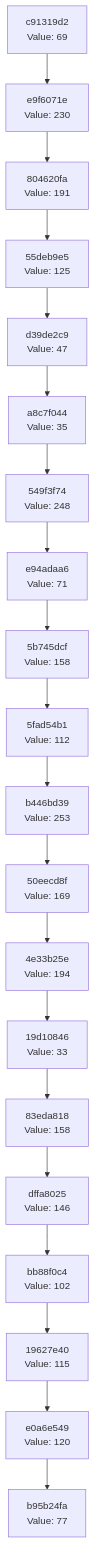
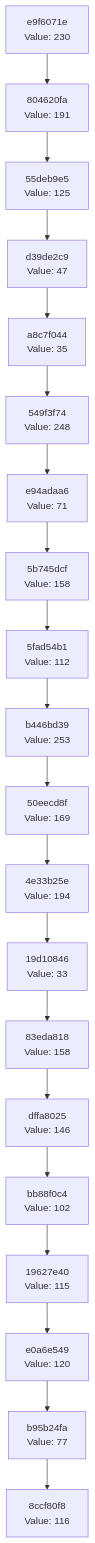
Before and after one commit to Abhisheksinha1506/hash-chain-evolver: the diagram in docs/CHAIN_VISUALIZATION.md, drawn with Mermaid. The commit also changed 3 other files, not shown here.

````diff
--- a/docs/CHAIN_VISUALIZATION.md
+++ b/docs/CHAIN_VISUALIZATION.md
@@ -3,42 +3,42 @@
 ```mermaid
 graph TD
-    C0["b95b24fa<br/>Value: 77"]
-    C1["e0a6e549<br/>Value: 120"]
+    C0["8ccf80f8<br/>Value: 116"]
+    C1["b95b24fa<br/>Value: 77"]
     C1 --> C0
-    C2["19627e40<br/>Value: 115"]
+    C2["e0a6e549<br/>Value: 120"]
     C2 --> C1
-    C3["bb88f0c4<br/>Value: 102"]
+    C3["19627e40<br/>Value: 115"]
     C3 --> C2
-    C4["dffa8025<br/>Value: 146"]
+    C4["bb88f0c4<br/>Value: 102"]
     C4 --> C3
-    C5["83eda818<br/>Value: 158"]
+    C5["dffa8025<br/>Value: 146"]
     C5 --> C4
-    C6["19d10846<br/>Value: 33"]
+    C6["83eda818<br/>Value: 158"]
     C6 --> C5
-    C7["4e33b25e<br/>Value: 194"]
+    C7["19d10846<br/>Value: 33"]
     C7 --> C6
-    C8["50eecd8f<br/>Value: 169"]
+    C8["4e33b25e<br/>Value: 194"]
     C8 --> C7
-    C9["b446bd39<br/>Value: 253"]
+    C9["50eecd8f<br/>Value: 169"]
     C9 --> C8
-    C10["5fad54b1<br/>Value: 112"]
+    C10["b446bd39<br/>Value: 253"]
     C10 --> C9
-    C11["5b745dcf<br/>Value: 158"]
+    C11["5fad54b1<br/>Value: 112"]
     C11 --> C10
-    C12["e94adaa6<br/>Value: 71"]
+    C12["5b745dcf<br/>Value: 158"]
     C12 --> C11
-    C13["549f3f74<br/>Value: 248"]
+    C13["e94adaa6<br/>Value: 71"]
     C13 --> C12
-    C14["a8c7f044<br/>Value: 35"]
+    C14["549f3f74<br/>Value: 248"]
     C14 --> C13
-    C15["d39de2c9<br/>Value: 47"]
+    C15["a8c7f044<br/>Value: 35"]
     C15 --> C14
-    C16["55deb9e5<br/>Value: 125"]
+    C16["d39de2c9<br/>Value: 47"]
     C16 --> C15
-    C17["804620fa<br/>Value: 191"]
+    C17["55deb9e5<br/>Value: 125"]
     C17 --> C16
-    C18["e9f6071e<br/>Value: 230"]
+    C18["804620fa<br/>Value: 191"]
     C18 --> C17
-    C19["c91319d2<br/>Value: 69"]
+    C19["e9f6071e<br/>Value: 230"]
     C19 --> C18
 ```
````
